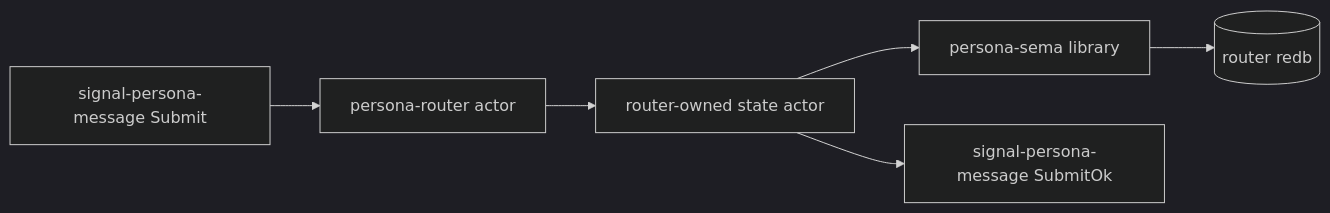
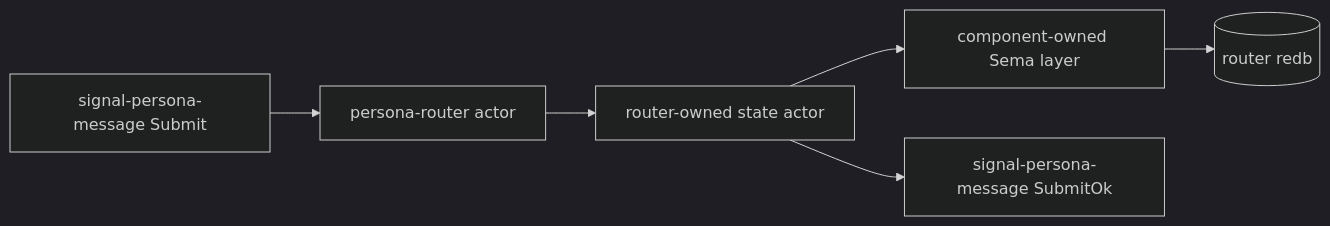
One commit to LiGoldragon/persona changed the second of 2 diagrams in TESTS.md. Above: the diagram before and after it, drawn with Mermaid (dark theme). The commit also changed other lines of this file and 24 other files, not shown here.

````diff
--- a/TESTS.md
+++ b/TESTS.md
@@ -95,12 +94,12 @@
 ```mermaid
 flowchart LR
     message["signal-persona-message Submit"]
     router["persona-router actor"]
     state["router-owned state actor"]
-    sema["persona-sema library"]
+    sema["component-owned Sema layer"]
     redb[("router redb")]
     reply["signal-persona-message SubmitOk"]
 
     message --> router --> state --> sema --> redb
     state --> reply
 ```
````
